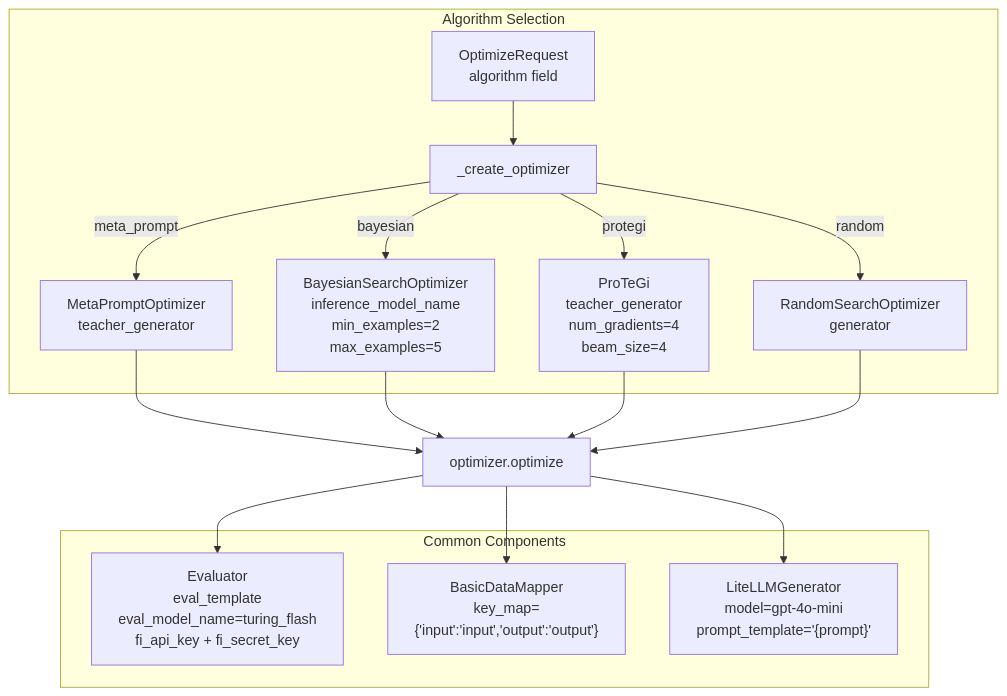
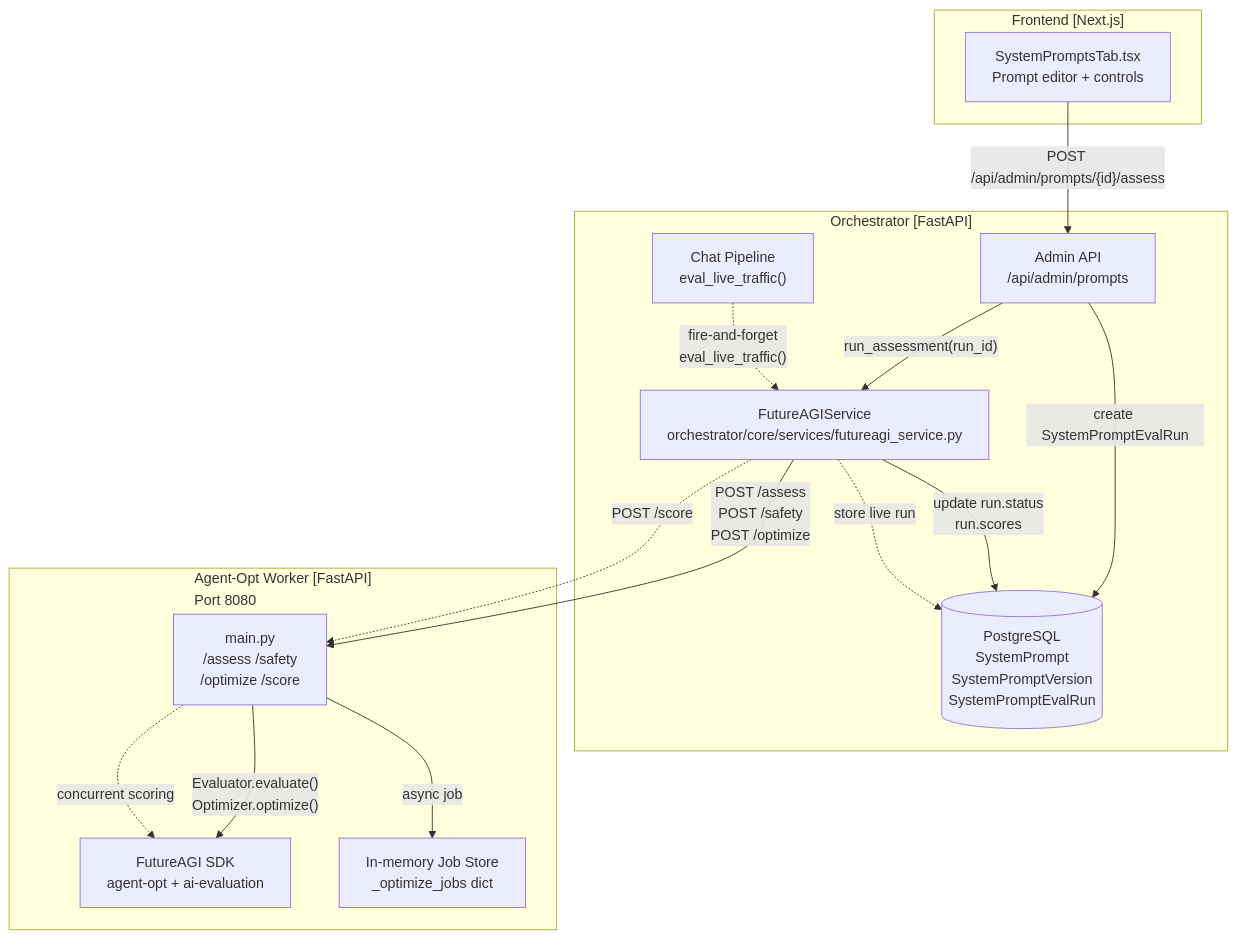
The first of 4 diagrams in docs/prompt-optimization/prompt-optimization.md (AutomatosAI/automatos-ai), drawn with Mermaid before and after one commit. The commit also changed other lines of this file and 149 other files, not shown here.

Commit message:
docs: refresh documentation with graphify semantic scan

````diff
--- a/docs/prompt-optimization/prompt-optimization.md
+++ b/docs/prompt-optimization/prompt-optimization.md
@@ -53,29 +37,33 @@
 ```mermaid
 graph TB
-    subgraph "Algorithm Selection"
-        Request[OptimizeRequest<br/>algorithm field]
-        Factory[_create_optimizer]
-        
-        Request --> Factory
-        
-        Factory -->|"meta_prompt"| MetaPrompt["MetaPromptOptimizer<br/>teacher_generator"]
-        Factory -->|"bayesian"| Bayesian["BayesianSearchOptimizer<br/>inference_model_name<br/>min_examples=2<br/>max_examples=5"]
-        Factory -->|"protegi"| ProTeGi["ProTeGi<br/>teacher_generator<br/>num_gradients=4<br/>beam_size=4"]
-        Factory -->|"random"| Random["RandomSearchOptimizer<br/>generator"]
+    subgraph "Orchestrator [FastAPI]"
+        API["Admin API<br/>/api/admin/prompts"]
+        FutureAGIService["FutureAGIService<br/>orchestrator/core/services/futureagi_service.py"]
+        DB[("PostgreSQL<br/>SystemPrompt<br/>SystemPromptVersion<br/>SystemPromptEvalRun")]
+        ChatPipeline["Chat Pipeline<br/>eval_live_traffic()"]
     end
     
-    subgraph "Common Components"
-        Evaluator["Evaluator<br/>eval_template<br/>eval_model_name=turing_flash<br/>fi_api_key + fi_secret_key"]
-        DataMapper["BasicDataMapper<br/>key_map={'input':'input','output':'output'}"]
-        Teacher["LiteLLMGenerator<br/>model=gpt-4o-mini<br/>prompt_template='{prompt}'"]
+    subgraph "Agent-Opt Worker [FastAPI]<br/>Port 8080"
+        WorkerAPI["main.py<br/>/assess /safety<br/>/optimize /score"]
+        FutureAGISDK["FutureAGI SDK<br/>agent-opt + ai-evaluation"]
+        JobStore["In-memory Job Store<br/>_optimize_jobs dict"]
     end
     
-    MetaPrompt --> Optimizer[optimizer.optimize]
-    Bayesian --> Optimizer
-    ProTeGi --> Optimizer
-    Random --> Optimizer
+    subgraph "Frontend [Next.js]"
+        SystemPromptsTab["SystemPromptsTab.tsx<br/>Prompt editor + controls"]
+    end
     
-    Optimizer --> Evaluator
-    Optimizer --> DataMapper
-    Optimizer --> Teacher
+    SystemPromptsTab -->|"POST /api/admin/prompts/{id}/assess"| API
+    API -->|"create SystemPromptEvalRun"| DB
+    API -->|"run_assessment(run_id)"| FutureAGIService
+    FutureAGIService -->|"POST /assess<br/>POST /safety<br/>POST /optimize"| WorkerAPI
+    WorkerAPI -->|"Evaluator.evaluate()<br/>Optimizer.optimize()"| FutureAGISDK
+    FutureAGIService -->|"update run.status<br/>run.scores"| DB
+    
+    ChatPipeline -.->|"fire-and-forget<br/>eval_live_traffic()"| FutureAGIService
+    FutureAGIService -.->|"POST /score"| WorkerAPI
+    WorkerAPI -.->|"concurrent scoring"| FutureAGISDK
+    FutureAGIService -.->|"store live run"| DB
+    
+    WorkerAPI -->|"async job"| JobStore
 ```
````
